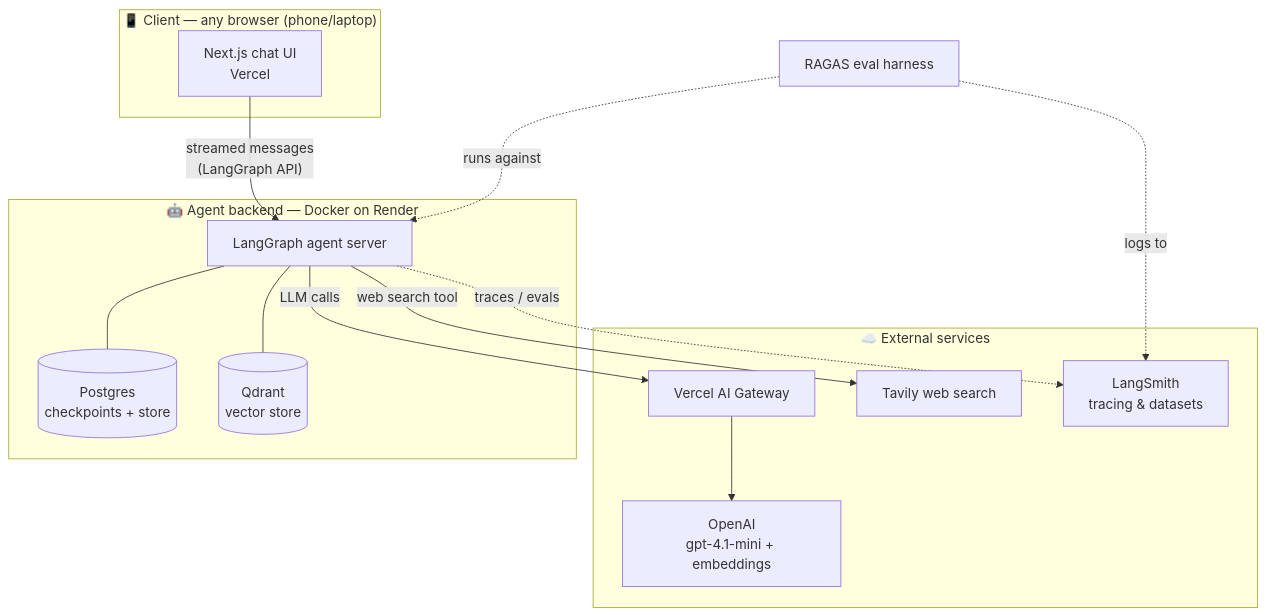
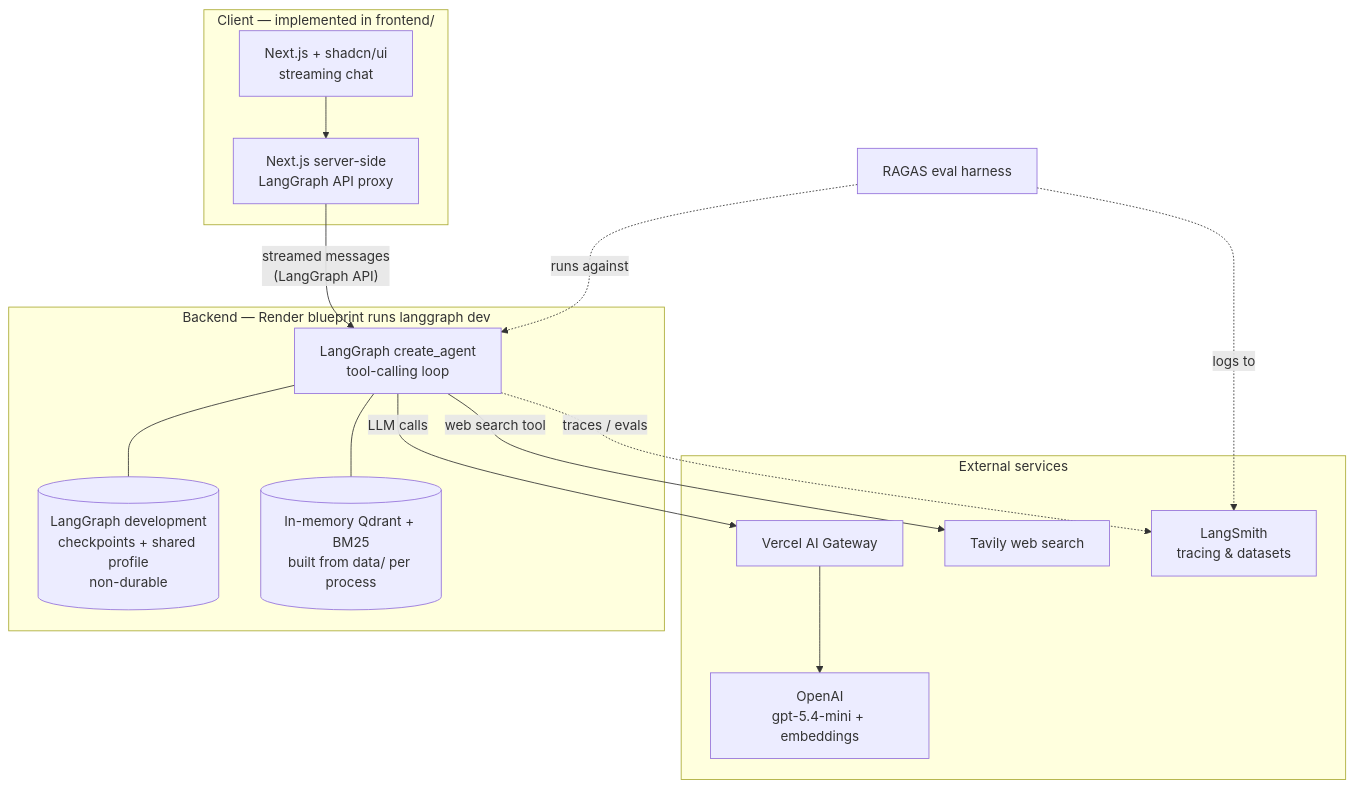
The second of 4 diagrams in docs/certification-challenge.md (wiguo/beedoula), drawn with Mermaid before and after one commit. The commit also changed other lines of this file and 3 other files, not shown here.

Commit message:
Align documentation with prototype architecture

````diff
--- a/docs/certification-challenge.md
+++ b/docs/certification-challenge.md
@@ -77,25 +79,27 @@
 ```mermaid
 flowchart TB
-    subgraph Client["📱 Client — any browser (phone/laptop)"]
-        UI[Next.js chat UI<br/>Vercel]
+    subgraph Client["Client — implemented in frontend/"]
+        UI[Next.js + shadcn/ui<br/>streaming chat]
+        PX[Next.js server-side<br/>LangGraph API proxy]
+        UI --> PX
     end
-    subgraph Server["🤖 Agent backend — Docker on Render"]
-        LG[LangGraph agent server]
-        CP[(Postgres<br/>checkpoints + store)]
-        Q[(Qdrant<br/>vector store)]
-        LG --- CP
-        LG --- Q
+    subgraph Server["Backend — Render blueprint runs langgraph dev"]
+        LG[LangGraph create_agent<br/>tool-calling loop]
+        MEM[(LangGraph development<br/>checkpoints + shared profile<br/>non-durable)]
+        IDX[(In-memory Qdrant + BM25<br/>built from data/ per process)]
+        LG --- MEM
+        LG --- IDX
     end
-    subgraph External["☁️ External services"]
+    subgraph External["External services"]
         GW[Vercel AI Gateway]
-        OAI[OpenAI<br/>gpt-4.1-mini + embeddings]
+        OAI[OpenAI<br/>gpt-5.4-mini + embeddings]
         TAV[Tavily web search]
         LS[LangSmith<br/>tracing & datasets]
     end
-    UI -- "streamed messages<br/>(LangGraph API)" --> LG
+    PX -- "streamed messages<br/>(LangGraph API)" --> LG
     LG -- "LLM calls" --> GW --> OAI
     LG -- "web search tool" --> TAV
     LG -. "traces / evals" .-> LS
     RAGAS[RAGAS eval harness] -. "runs against" .-> LG
     RAGAS -. "logs to" .-> LS
 ```
````
